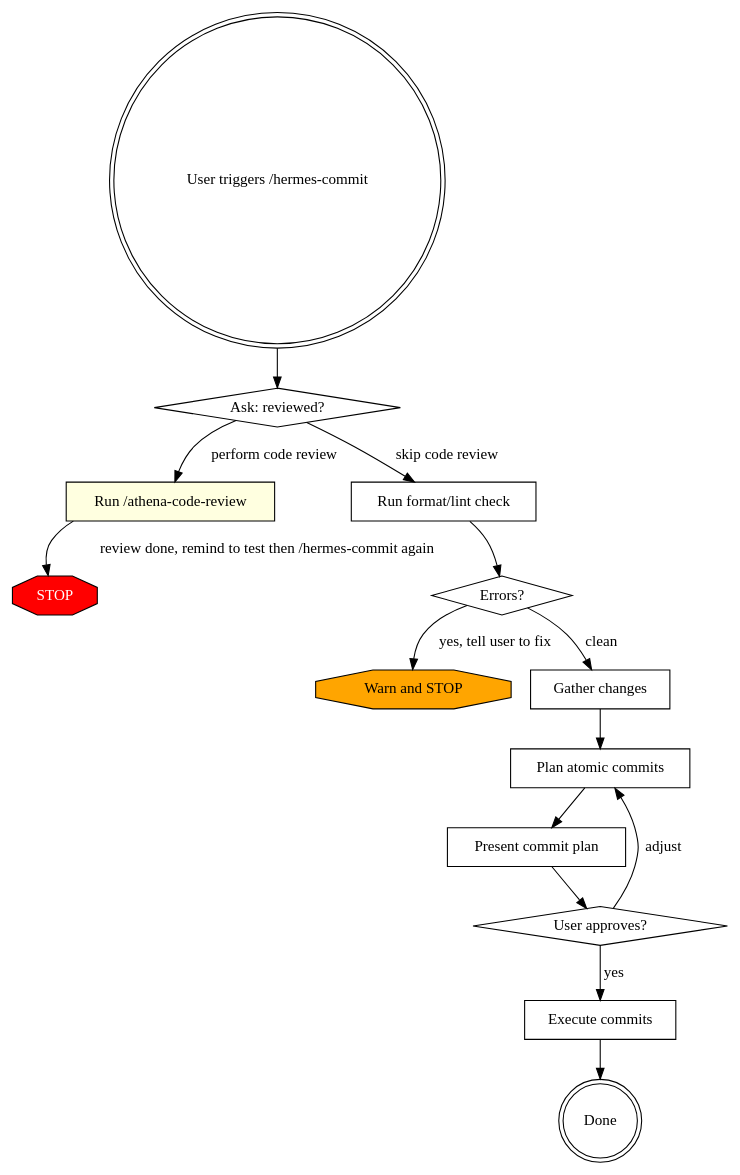
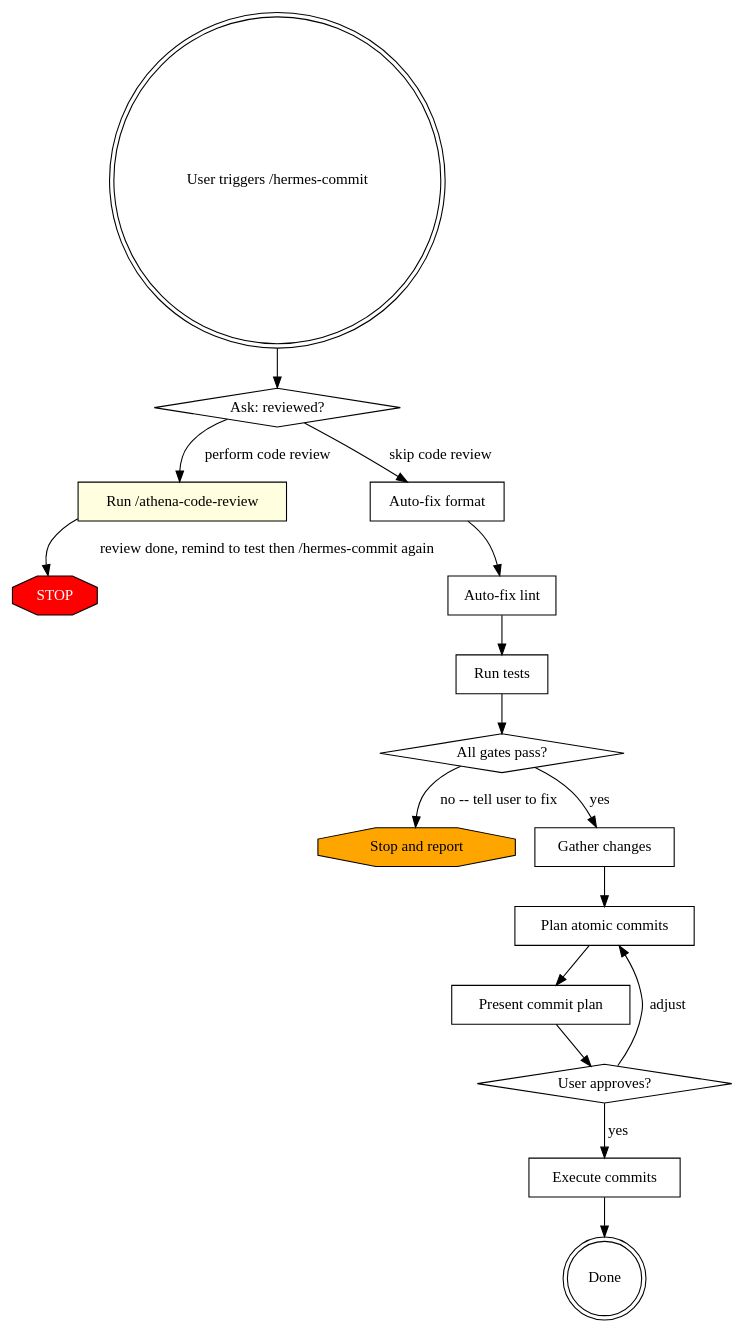
One commit to pandaworks-software-plt/pandahrms-skills changed the diagram in skills/hermes-commit/SKILL.md. Above: the diagram before and after it, drawn with Graphviz. The commit also changed other lines of this file, not shown here.

First line of the commit message:
feat(hermes-commit): hard-gate commits on tests + lint + format

````diff
--- a/skills/hermes-commit/SKILL.md
+++ b/skills/hermes-commit/SKILL.md
@@ -19,31 +31,35 @@
 ```dot
 digraph commit {
     "User triggers /hermes-commit" [shape=doublecircle];
     "Ask: reviewed?" [shape=diamond];
     "Run /athena-code-review" [shape=box, style=filled, fillcolor=lightyellow];
     "STOP" [shape=octagon, style=filled, fillcolor=red, fontcolor=white];
-    "Run format/lint check" [shape=box];
-    "Errors?" [shape=diamond];
-    "Warn and STOP" [shape=octagon, style=filled, fillcolor=orange];
+    "Auto-fix format" [shape=box];
+    "Auto-fix lint" [shape=box];
+    "Run tests" [shape=box];
+    "All gates pass?" [shape=diamond];
+    "Stop and report" [shape=octagon, style=filled, fillcolor=orange];
     "Gather changes" [shape=box];
     "Plan atomic commits" [shape=box];
     "Present commit plan" [shape=box];
     "User approves?" [shape=diamond];
     "Execute commits" [shape=box];
     "Done" [shape=doublecircle];
 
     "User triggers /hermes-commit" -> "Ask: reviewed?";
     "Ask: reviewed?" -> "Run /athena-code-review" [label="perform code review"];
     "Run /athena-code-review" -> "STOP" [label="review done, remind to test then /hermes-commit again"];
-    "Ask: reviewed?" -> "Run format/lint check" [label="skip code review"];
-    "Run format/lint check" -> "Errors?" ;
-    "Errors?" -> "Warn and STOP" [label="yes, tell user to fix"];
-    "Errors?" -> "Gather changes" [label="clean"];
+    "Ask: reviewed?" -> "Auto-fix format" [label="skip code review"];
+    "Auto-fix format" -> "Auto-fix lint";
+    "Auto-fix lint" -> "Run tests";
+    "Run tests" -> "All gates pass?";
+    "All gates pass?" -> "Stop and report" [label="no -- tell user to fix"];
+    "All gates pass?" -> "Gather changes" [label="yes"];
     "Gather changes" -> "Plan atomic commits";
     "Plan atomic commits" -> "Present commit plan";
     "Present commit plan" -> "User approves?";
     "User approves?" -> "Execute commits" [label="yes"];
     "User approves?" -> "Plan atomic commits" [label="adjust"];
     "Execute commits" -> "Done";
 }
 ```
````
